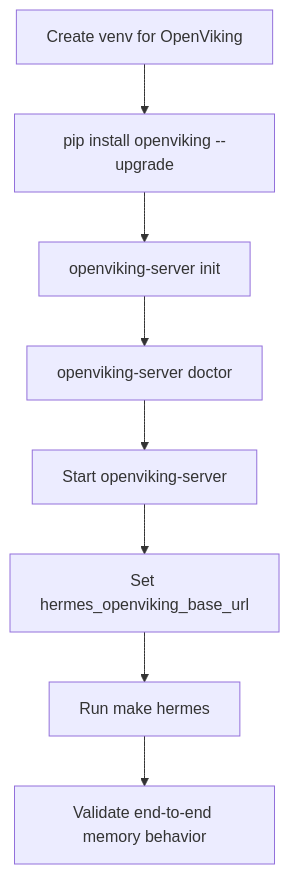
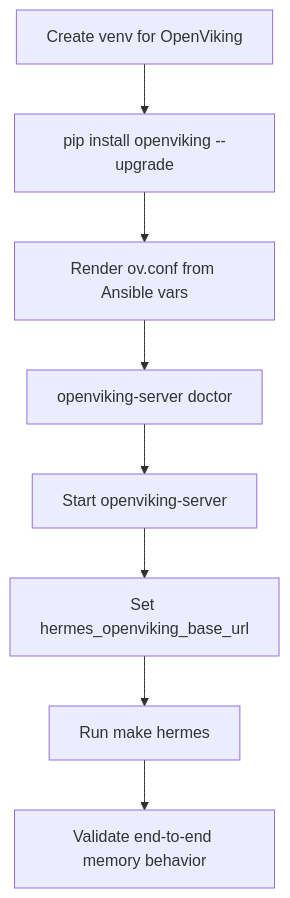
One commit to ValidatorAI/W-deplyer changed the diagram in README.md. Above: the diagram before and after it, drawn with Mermaid. The commit also changed other lines of this file and 3 other files, not shown here.

````diff
--- a/README.md
+++ b/README.md
@@ -197,10 +211,10 @@
 ```mermaid
 flowchart TD
 	A[Create venv for OpenViking] --> B[pip install openviking --upgrade]
-	B --> C[openviking-server init]
+	B --> C[Render ov.conf from Ansible vars]
 	C --> D[openviking-server doctor]
 	D --> E[Start openviking-server]
 	E --> F[Set hermes_openviking_base_url]
 	F --> G[Run make hermes]
 	G --> H[Validate end-to-end memory behavior]
 ```
````
